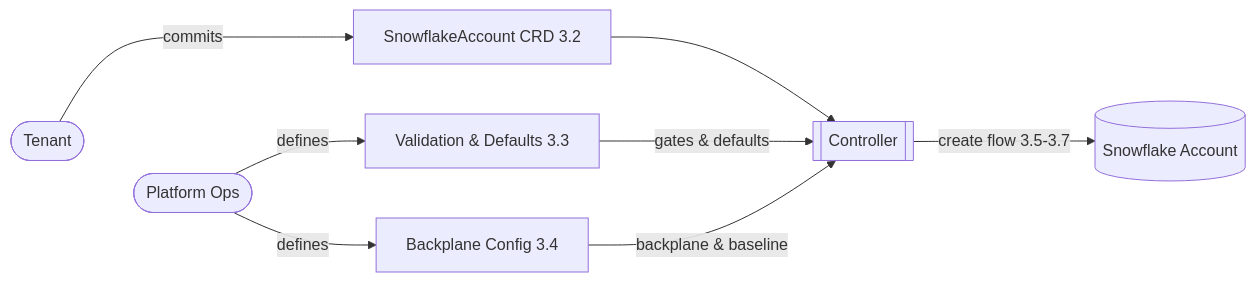
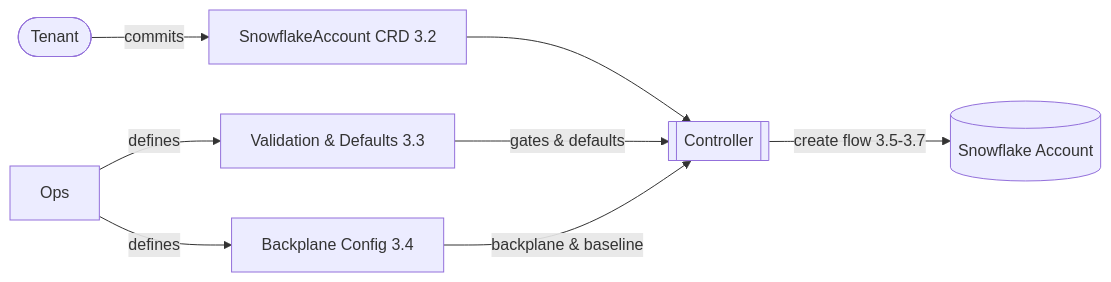
Before and after one commit to allianz/yukimi: the diagram in specs/design.md, drawn with Mermaid.

Commit message:
added mermaid

````diff
--- a/specs/design.md
+++ b/specs/design.md
@@ -112,13 +112,12 @@
 ```mermaid
 flowchart LR
     Tenant([Tenant]) -->|commits| CRD[SnowflakeAccount CRD 3.2]
-    Tenant ~~~ Ops([Platform Ops])
     Ops -->|defines| ValidationRules[Validation & Defaults 3.3]
     Ops -->|defines| BackplaneConfig[Backplane Config 3.4]
 
     CRD --> Controller[[Controller]]
     ValidationRules -->|gates & defaults| Controller
     BackplaneConfig -->|backplane & baseline| Controller
 
     Controller -->|create flow 3.5-3.7| Snowflake[(Snowflake Account)]
 ```
````
